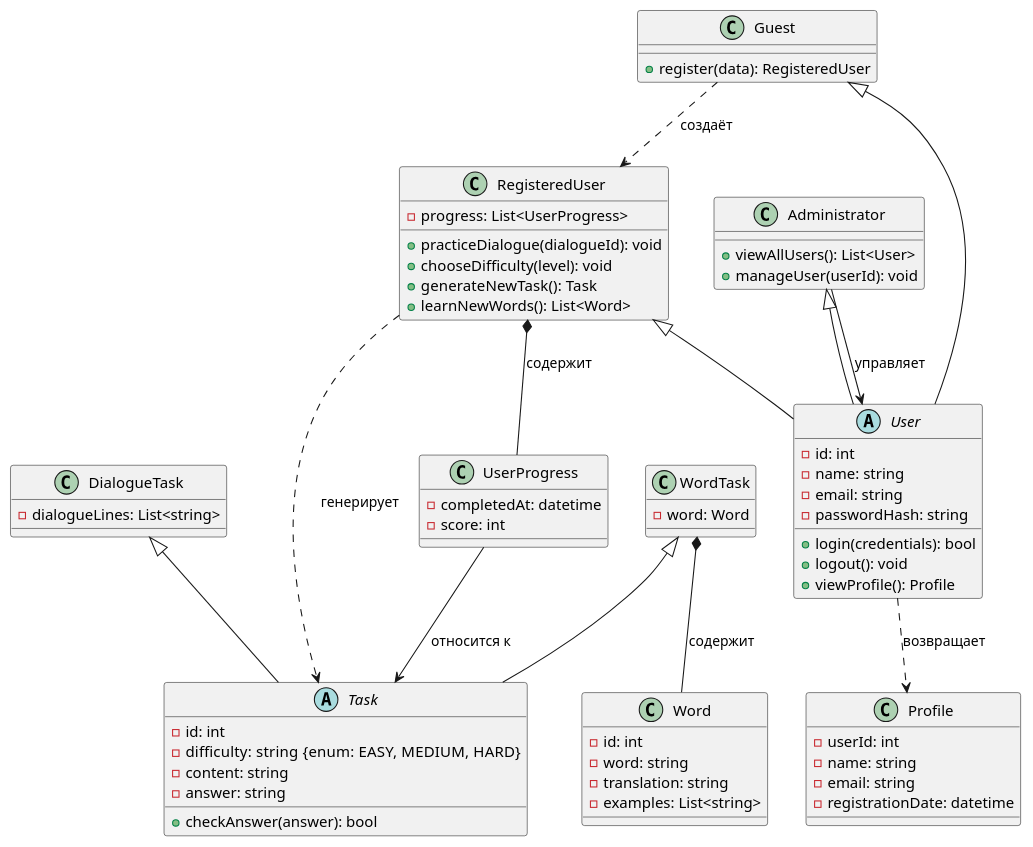
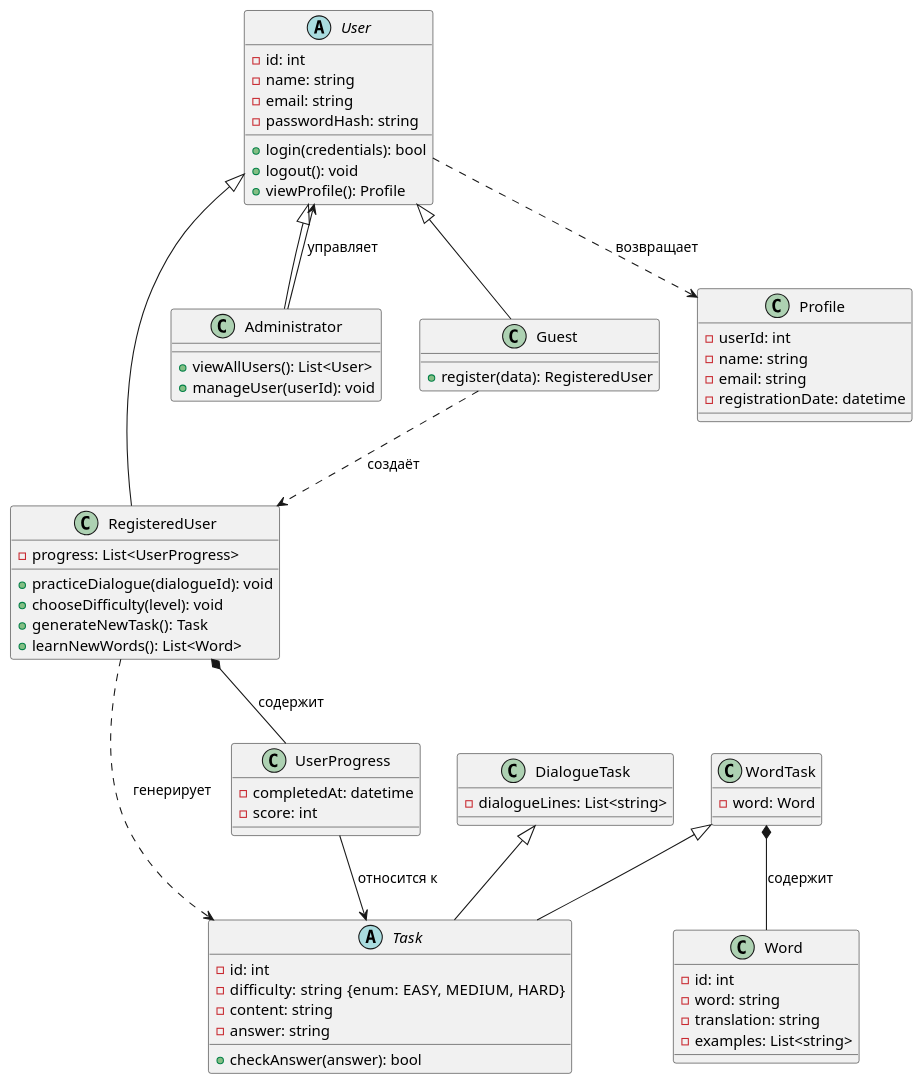
One commit to Ohndarciann/Software-and-systems-development changed the diagram in task1/main.wsd. Above: the diagram before and after it, drawn with PlantUML. The commit also changed 1 other file, not shown here.

```diff
--- a/task1/main.wsd
+++ b/task1/main.wsd
@@ -1,85 +1,85 @@
 @startuml ClassDiagram
 
 abstract class User {
   - id: int
   - name: string
   - email: string
   - passwordHash: string
   + login(credentials): bool
   + logout(): void
   + viewProfile(): Profile
 }
 
 class RegisteredUser {
   - progress: List<UserProgress>
   + practiceDialogue(dialogueId): void
   + chooseDifficulty(level): void
   + generateNewTask(): Task
   + learnNewWords(): List<Word>
 }
 
 class Administrator {
   + viewAllUsers(): List<User>
   + manageUser(userId): void
 }
 
 class Guest {
   + register(data): RegisteredUser
 }
 
 abstract class Task {
   - id: int
   - difficulty: string   {enum: EASY, MEDIUM, HARD}
   - content: string
   - answer: string
   + checkAnswer(answer): bool
 }
 
 class DialogueTask {
   - dialogueLines: List<string>
 }
 
 class WordTask {
   - word: Word
 }
 
 class Word {
   - id: int
   - word: string
   - translation: string
   - examples: List<string>
 }
 
 class UserProgress {
   - completedAt: datetime
   - score: int
 }
 
 class Profile {
   - userId: int
   - name: string
   - email: string
   - registrationDate: datetime
 }
 
 ' Наследование
-RegisteredUser <|-- User
-Administrator  <|-- User
-Guest          <|-- User
+User <|-- RegisteredUser 
+User <|-- Administrator
+User <|-- Guest
 
 DialogueTask   <|-- Task
 WordTask       <|-- Task
 
 ' Композиция
 RegisteredUser *-- UserProgress : содержит
 WordTask       *-- Word         : содержит
 
 ' Ассоциации
 UserProgress --> Task : относится к
 Administrator --> User : управляет
 
 ' Зависимости (создание/использование)
 Guest         ..> RegisteredUser : создаёт
 RegisteredUser ..> Task           : генерирует
 User          ..> Profile         : возвращает
 @enduml
```
